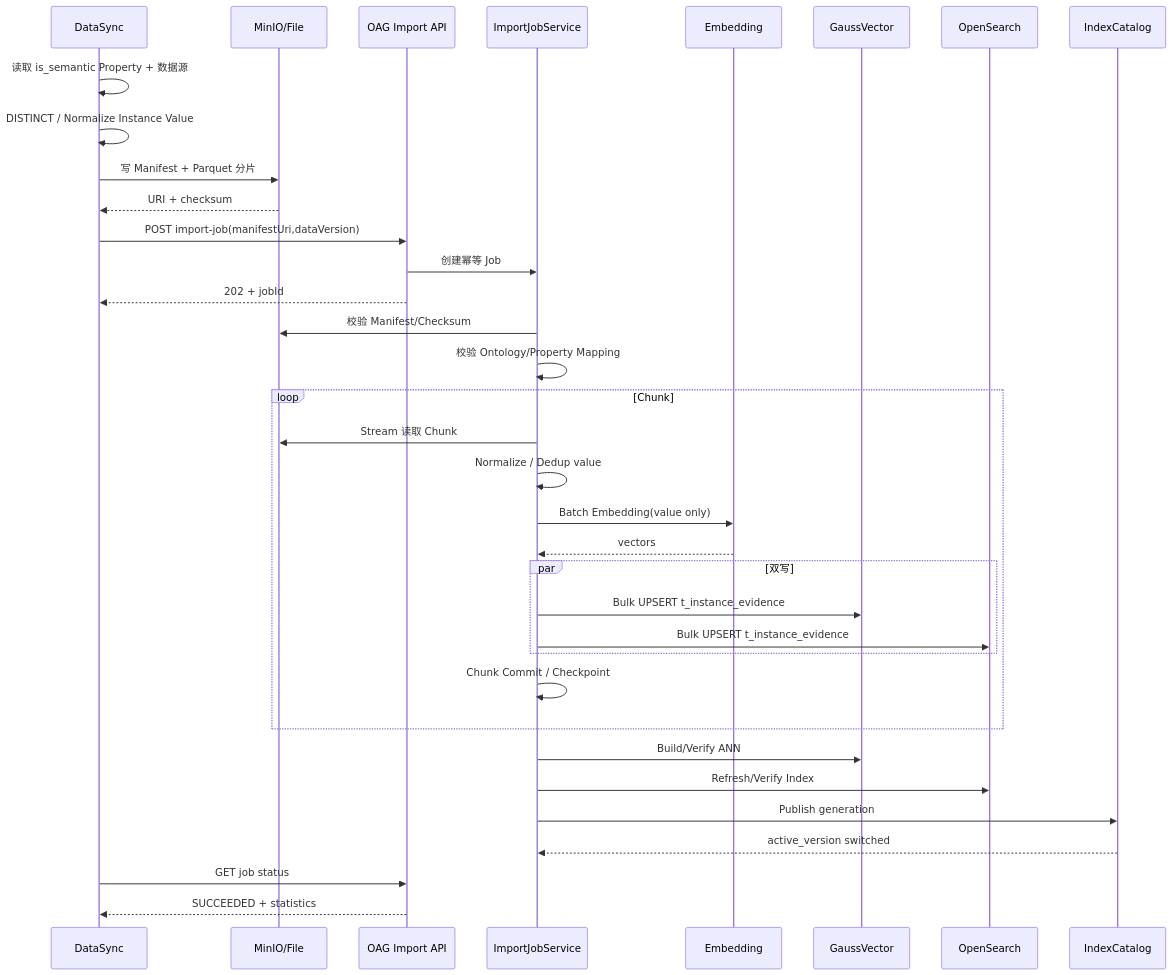
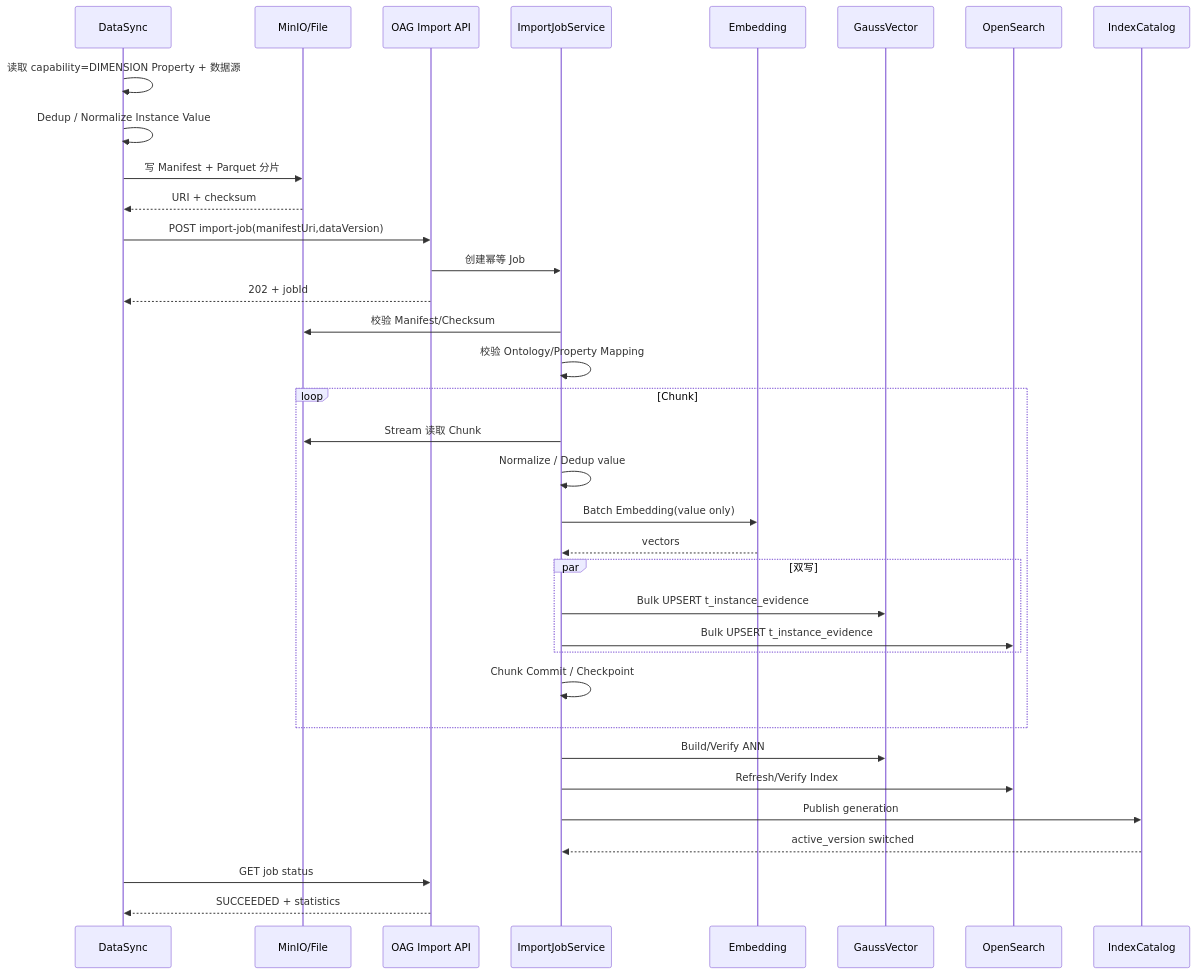
The fifth of 6 diagrams in docs/OAG本体锚点语义检索与向量索引设计方案.md (cfwl100/onology_dsl), drawn with Mermaid before and after one commit. The commit also changed other lines of this file, not shown here.

````diff
--- a/docs/OAG本体锚点语义检索与向量索引设计方案.md
+++ b/docs/OAG本体锚点语义检索与向量索引设计方案.md
@@ -2336,43 +2290,43 @@
 ```mermaid
 sequenceDiagram
     participant DS as DataSync
     participant M as MinIO/File
     participant API as OAG Import API
     participant J as ImportJobService
     participant E as Embedding
     participant GV as GaussVector
     participant OS as OpenSearch
     participant C as IndexCatalog
 
-    DS->>DS: 读取 is_semantic Property + 数据源
-    DS->>DS: DISTINCT / Normalize Instance Value
+    DS->>DS: 读取 capability=DIMENSION Property + 数据源
+    DS->>DS: Dedup / Normalize Instance Value
     DS->>M: 写 Manifest + Parquet 分片
     M-->>DS: URI + checksum
 
     DS->>API: POST import-job(manifestUri,dataVersion)
     API->>J: 创建幂等 Job
     API-->>DS: 202 + jobId
 
     J->>M: 校验 Manifest/Checksum
     J->>J: 校验 Ontology/Property Mapping
 
     loop Chunk
         J->>M: Stream 读取 Chunk
         J->>J: Normalize / Dedup value
         J->>E: Batch Embedding(value only)
         E-->>J: vectors
         par 双写
             J->>GV: Bulk UPSERT t_instance_evidence
             J->>OS: Bulk UPSERT t_instance_evidence
         end
         J->>J: Chunk Commit / Checkpoint
     end
 
     J->>GV: Build/Verify ANN
     J->>OS: Refresh/Verify Index
     J->>C: Publish generation
     C-->>J: active_version switched
 
     DS->>API: GET job status
     API-->>DS: SUCCEEDED + statistics
 ```
````
